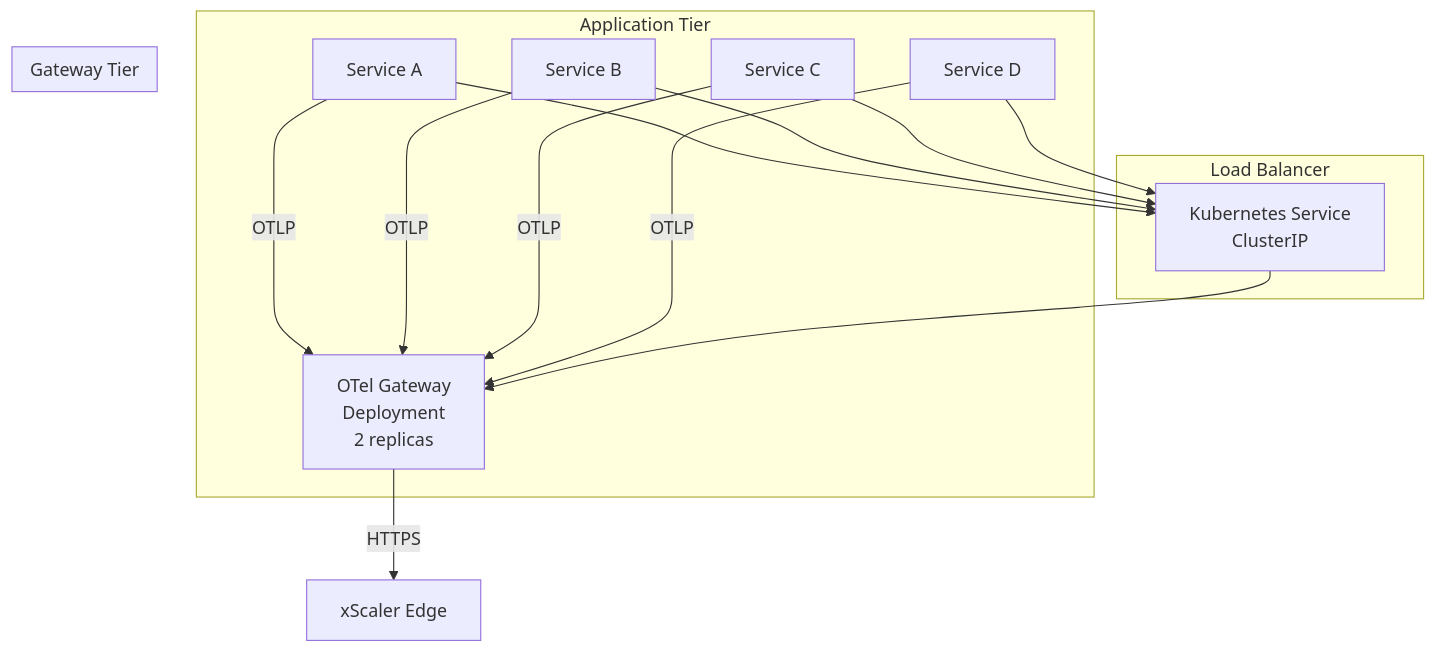
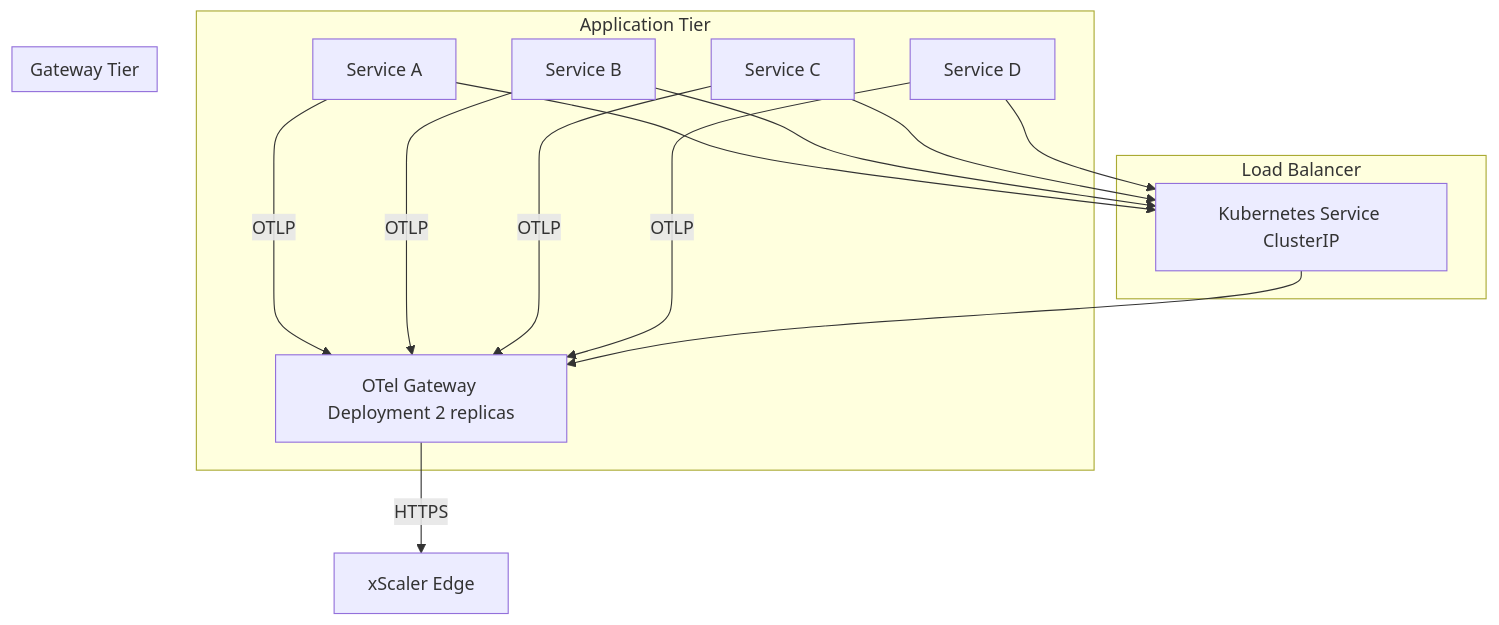
The third of 4 diagrams in docs/session-2/deployment-models.md (xscaler/training), drawn with Mermaid before and after one commit. The commit also changed other lines of this file and 38 other files, not shown here.

First line of the commit message:
Remove internal content, fix Mermaid diagrams, and rewrite labs as customer-facing exercises

````diff
--- a/docs/session-2/deployment-models.md
+++ b/docs/session-2/deployment-models.md
@@ -133,20 +133,20 @@
 ```mermaid
 graph TB
     subgraph "Application Tier"
         A1[Service A] -->|OTLP| GW
         A2[Service B] -->|OTLP| GW
         A3[Service C] -->|OTLP| GW
         A4[Service D] -->|OTLP| GW
     end
 
     subgraph "Gateway Tier"
-        GW[OTel Gateway\nDeployment\n2 replicas]
+        GW[OTel Gateway Deployment 2 replicas]
     end
 
     subgraph "Load Balancer"
-        LB[Kubernetes Service\nClusterIP]
+        LB[Kubernetes Service ClusterIP]
     end
 
     A1 & A2 & A3 & A4 --> LB --> GW
     GW -->|HTTPS| XS[xScaler Edge]
 ```
````
